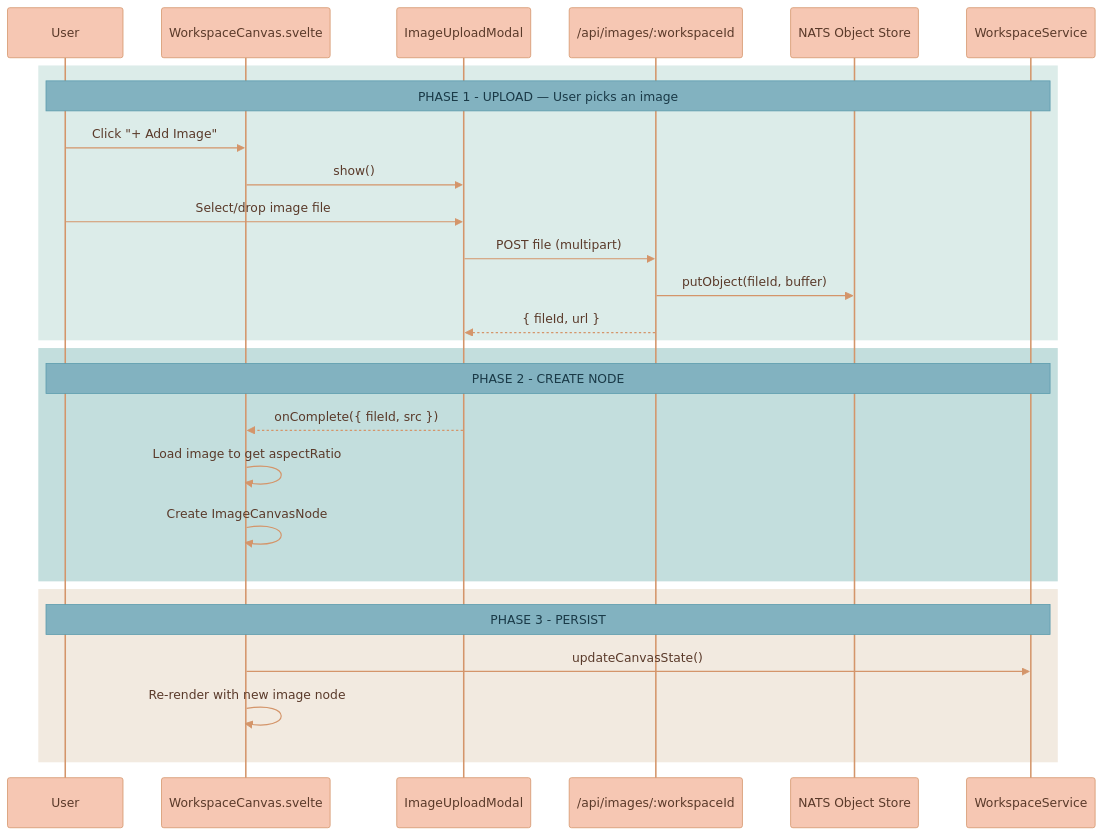
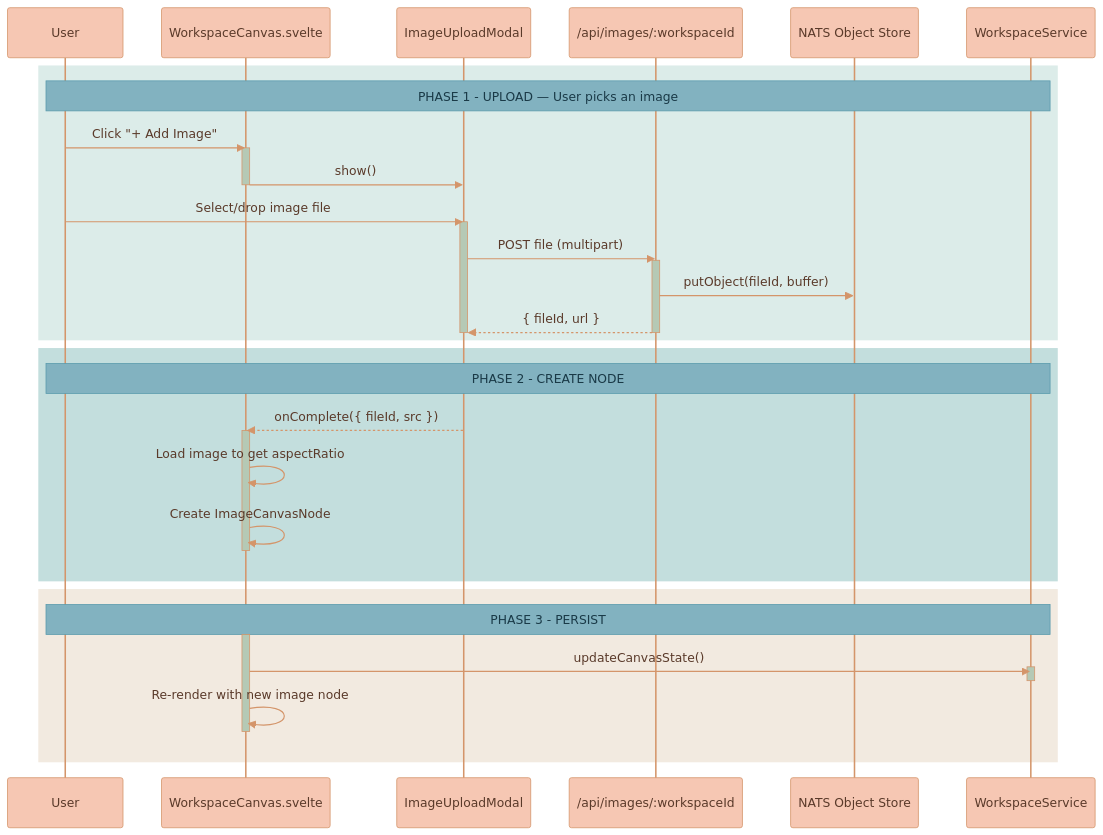
One commit to Lixpi/lixpi changed the fourth of 17 diagrams in documentation/features/WORKSPACE-FEATURE.md. Above: the diagram before and after it, drawn with Mermaid. The commit also changed other lines of this file and 5 other files, not shown here.

````diff
--- a/documentation/features/WORKSPACE-FEATURE.md
+++ b/documentation/features/WORKSPACE-FEATURE.md
@@ -255,41 +255,53 @@
 ```mermaid
-%%{init: {'theme': 'base', 'themeVariables': { 'noteBkgColor': '#82B2C0', 'noteTextColor': '#1a3a47', 'noteBorderColor': '#5a9aad', 'actorBkg': '#F6C7B3', 'actorBorder': '#d4956a', 'actorTextColor': '#5a3a2a', 'actorLineColor': '#d4956a', 'signalColor': '#d4956a', 'signalTextColor': '#5a3a2a', 'labelBoxBkgColor': '#F6C7B3', 'labelBoxBorderColor': '#d4956a', 'labelTextColor': '#5a3a2a', 'loopTextColor': '#5a3a2a', 'activationBorderColor': '#d4956a', 'activationBkgColor': '#C3DEDD', 'sequenceNumberColor': '#5a3a2a'}}}%%
+%%{init: {'theme': 'base', 'themeVariables': { 'noteBkgColor': '#82B2C0', 'noteTextColor': '#1a3a47', 'noteBorderColor': '#5a9aad', 'actorBkg': '#F6C7B3', 'actorBorder': '#d4956a', 'actorTextColor': '#5a3a2a', 'actorLineColor': '#d4956a', 'signalColor': '#d4956a', 'signalTextColor': '#5a3a2a', 'labelBoxBkgColor': '#F6C7B3', 'labelBoxBorderColor': '#d4956a', 'labelTextColor': '#5a3a2a', 'loopTextColor': '#5a3a2a', 'activationBorderColor': '#d4956a', 'activationBkgColor': '#B5C9B5', 'sequenceNumberColor': '#5a3a2a'}}}%%
 sequenceDiagram
     participant User
     participant Svelte as WorkspaceCanvas.svelte
     participant Modal as ImageUploadModal
     participant API as /api/images/:workspaceId
     participant ObjStore as NATS Object Store
     participant WSvc as WorkspaceService
     %% ═══════════════════════════════════════════════════════════════
     %% PHASE 1: UPLOAD
     %% ═══════════════════════════════════════════════════════════════
     rect rgb(220, 236, 233)
         Note over User, WSvc: PHASE 1 - UPLOAD — User picks an image
         User->>Svelte: Click "+ Add Image"
+        activate Svelte
         Svelte->>Modal: show()
+        deactivate Svelte
         User->>Modal: Select/drop image file
+        activate Modal
         Modal->>API: POST file (multipart)
+        activate API
         API->>ObjStore: putObject(fileId, buffer)
         API-->>Modal: { fileId, url }
+        deactivate API
+        deactivate Modal
     end
 
     %% ═══════════════════════════════════════════════════════════════
     %% PHASE 2: CREATE NODE
     %% ═══════════════════════════════════════════════════════════════
     rect rgb(195, 222, 221)
         Note over User, WSvc: PHASE 2 - CREATE NODE
         Modal-->>Svelte: onComplete({ fileId, src })
+        activate Svelte
         Svelte->>Svelte: Load image to get aspectRatio
         Svelte->>Svelte: Create ImageCanvasNode
+        deactivate Svelte
     end
 
     %% ═══════════════════════════════════════════════════════════════
     %% PHASE 3: PERSIST
     %% ═══════════════════════════════════════════════════════════════
     rect rgb(242, 234, 224)
         Note over User, WSvc: PHASE 3 - PERSIST
+        activate Svelte
         Svelte->>WSvc: updateCanvasState()
+        activate WSvc
+        deactivate WSvc
         Svelte->>Svelte: Re-render with new image node
+        deactivate Svelte
     end
 ```
````
